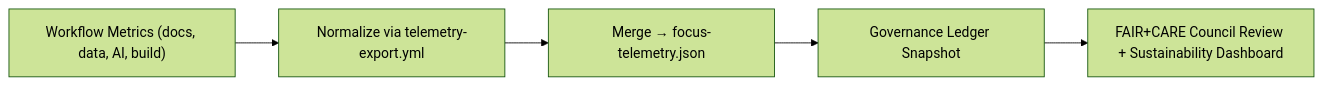
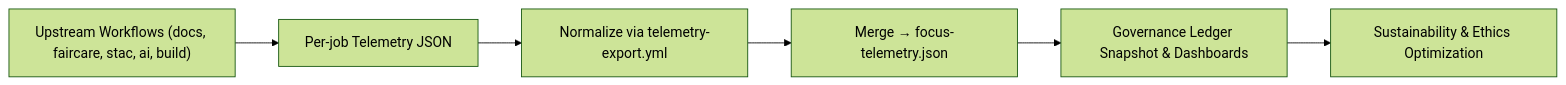
The diagram in docs/standards/telemetry_standards.md (bartytime4life/Kansas-Frontier-Matrix), drawn with Mermaid (forest theme) before and after one commit. The commit also changed other lines of this file, not shown here.

````diff
--- a/docs/standards/telemetry_standards.md
+++ b/docs/standards/telemetry_standards.md
@@ -214,7 +227,8 @@
 ```mermaid
 flowchart LR
-  A["Workflow Metrics (docs, data, AI, build)"] --> B["Normalize via telemetry-export.yml"]
-  B --> C["Merge → focus-telemetry.json"]
-  C --> D["Governance Ledger Snapshot"]
-  D --> E["FAIR+CARE Council Review + Sustainability Dashboard"]
+  A["Upstream Workflows (docs, faircare, stac, ai, build)"] --> B["Per-job Telemetry JSON"]
+  B --> C["Normalize via telemetry-export.yml"]
+  C --> D["Merge → focus-telemetry.json"]
+  D --> E["Governance Ledger Snapshot & Dashboards"]
+  E --> F["Sustainability & Ethics Optimization"]
 ```
````
